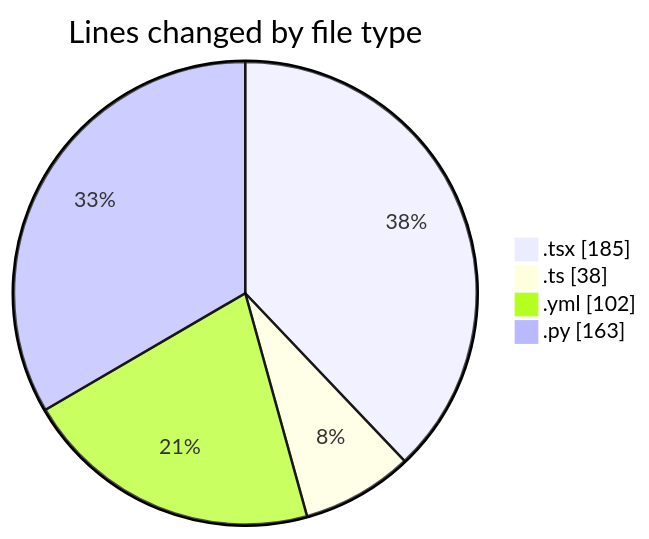
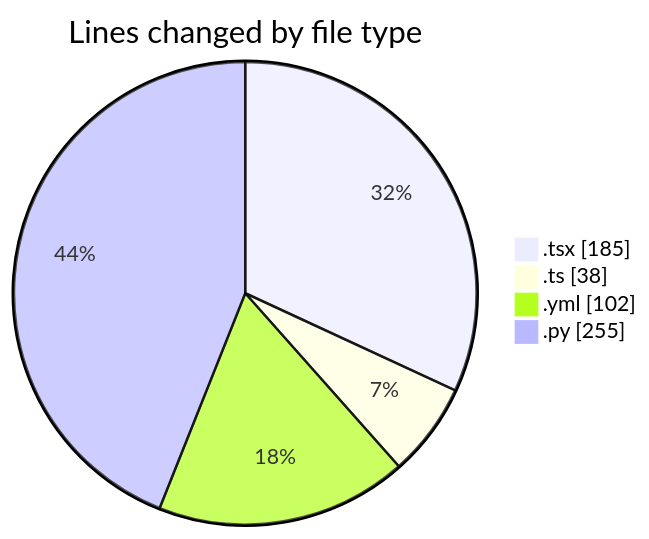
Before and after one commit to Elitesun/code-tracking: the first of 2 diagrams in 2025-05-16/niten/README.md, drawn with Mermaid. The commit also changed other lines of this file and 1 other file, not shown here.

````diff
--- a/2025-05-16/niten/README.md
+++ b/2025-05-16/niten/README.md
@@ -26,8 +26,8 @@
 ```mermaid
 pie showData
 title Lines changed by file type
 ".tsx" : 185
 ".ts" : 38
 ".yml" : 102
-".py" : 163
+".py" : 255
 ```
````
